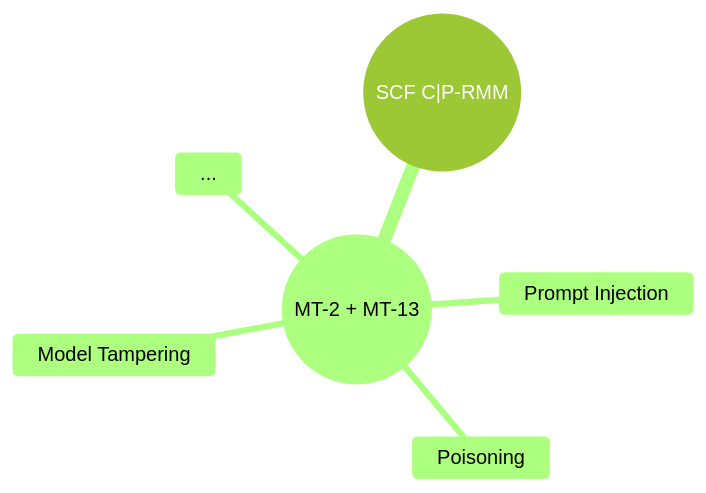
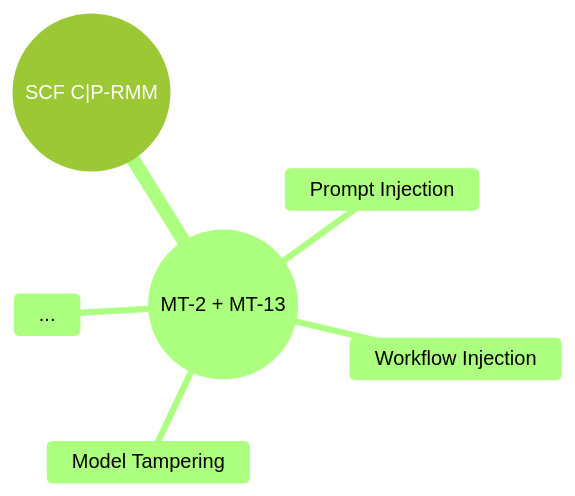
One commit to felipepenha/gurple changed the diagram in docs/threats/index.md. Above: the diagram before and after it, drawn with Mermaid. The commit also changed 11 other files, not shown here.

````diff
--- a/docs/threats/index.md
+++ b/docs/threats/index.md
@@ -20,13 +20,13 @@
 ```mermaid
 ---
 config:
   theme: 'forest'
 ---
 mindmap
   root((SCF C|P-RMM))
     ((MT-2 + MT-13))
       Prompt Injection
       Model Tampering
-      Poisoning
+      Workflow Injection
       ...
 ```
````
